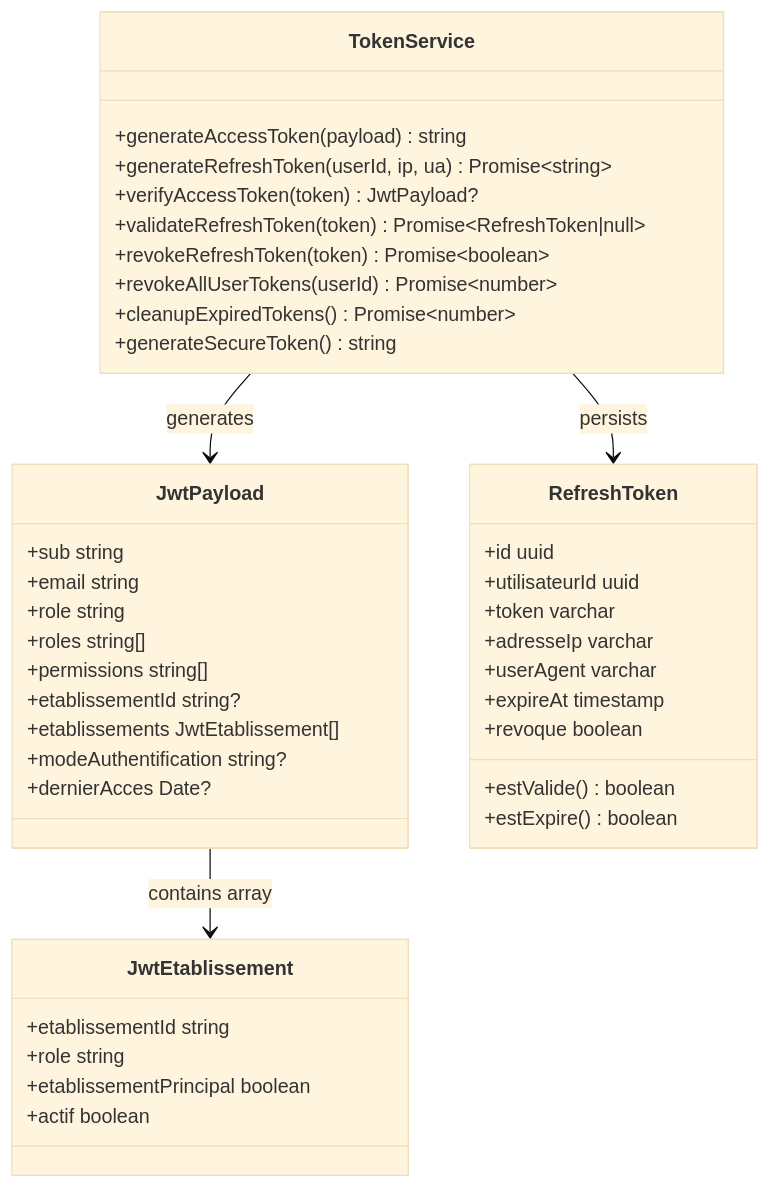
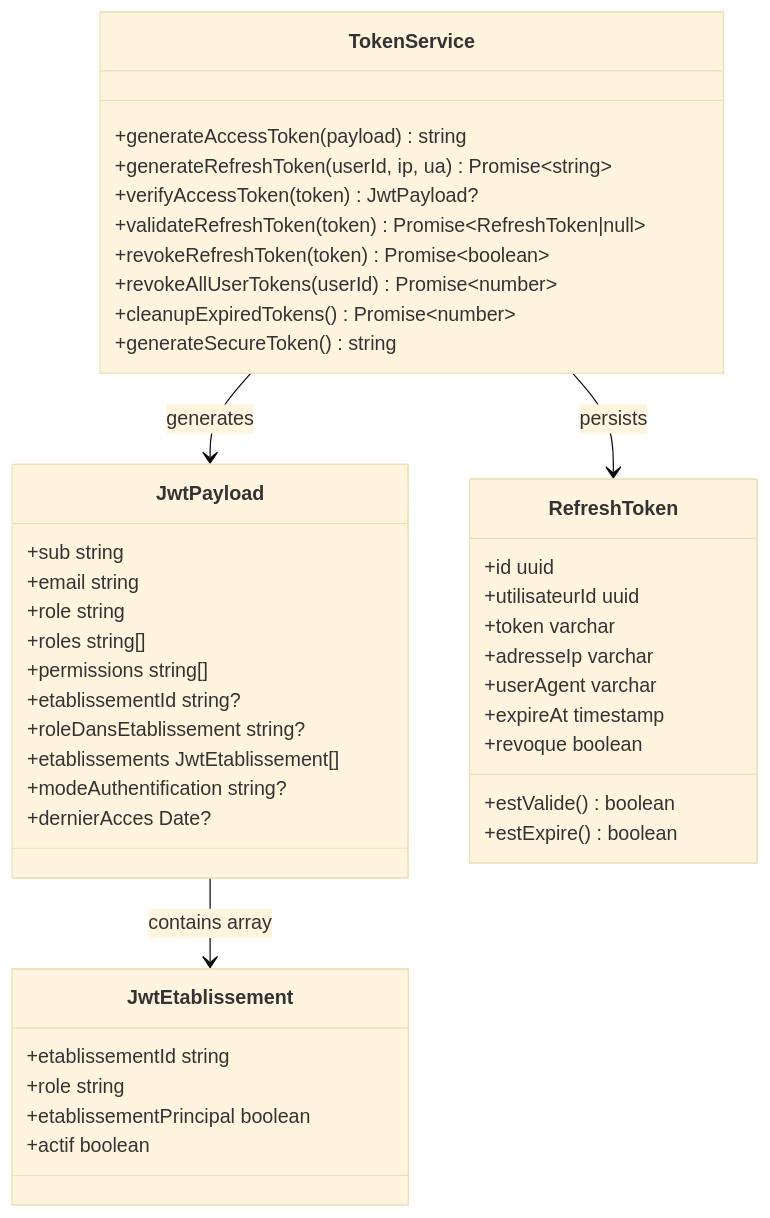
One commit to franckylab/eLISAschool changed diagram 11 of 14 in .qoder/repowiki/en/content/Authentication & Authorization/Authentication Flow.md. Above: the diagram before and after it, drawn with Mermaid (base theme). The commit also changed other lines of this file and 84 other files, not shown here.

````diff
--- a/.qoder/repowiki/en/content/Authentication & Authorization/Authentication Flow.md
+++ b/.qoder/repowiki/en/content/Authentication & Authorization/Authentication Flow.md
@@ -974,44 +979,45 @@
 ```mermaid
 classDiagram
 class TokenService {
 +generateAccessToken(payload) string
 +generateRefreshToken(userId, ip, ua) Promise~string~
 +verifyAccessToken(token) JwtPayload?
 +validateRefreshToken(token) Promise~RefreshToken|null~
 +revokeRefreshToken(token) Promise~boolean~
 +revokeAllUserTokens(userId) Promise~number~
 +cleanupExpiredTokens() Promise~number~
 +generateSecureToken() string
 }
 class JwtPayload {
 +sub string
 +email string
 +role string
 +roles string[]
 +permissions string[]
 +etablissementId string?
++roleDansEtablissement string?
 +etablissements JwtEtablissement[]
 +modeAuthentification string?
 +dernierAcces Date?
 }
 class JwtEtablissement {
 +etablissementId string
 +role string
 +etablissementPrincipal boolean
 +actif boolean
 }
 class RefreshToken {
 +id uuid
 +utilisateurId uuid
 +token varchar
 +adresseIp varchar
 +userAgent varchar
 +expireAt timestamp
 +revoque boolean
 +estValide() boolean
 +estExpire() boolean
 }
 TokenService --> JwtPayload : generates
 JwtPayload --> JwtEtablissement : contains array
 TokenService --> RefreshToken : persists
 ```
````
